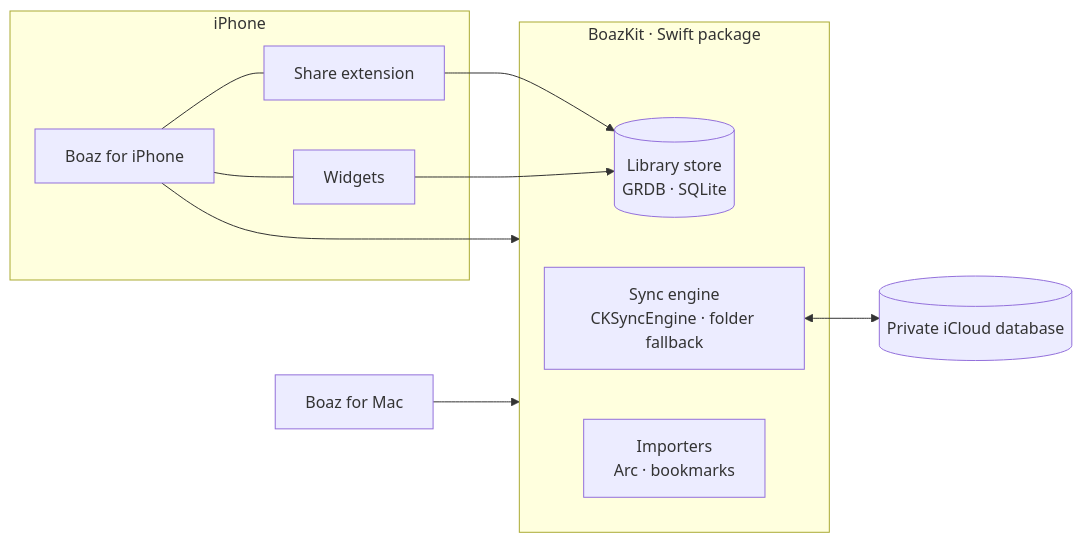
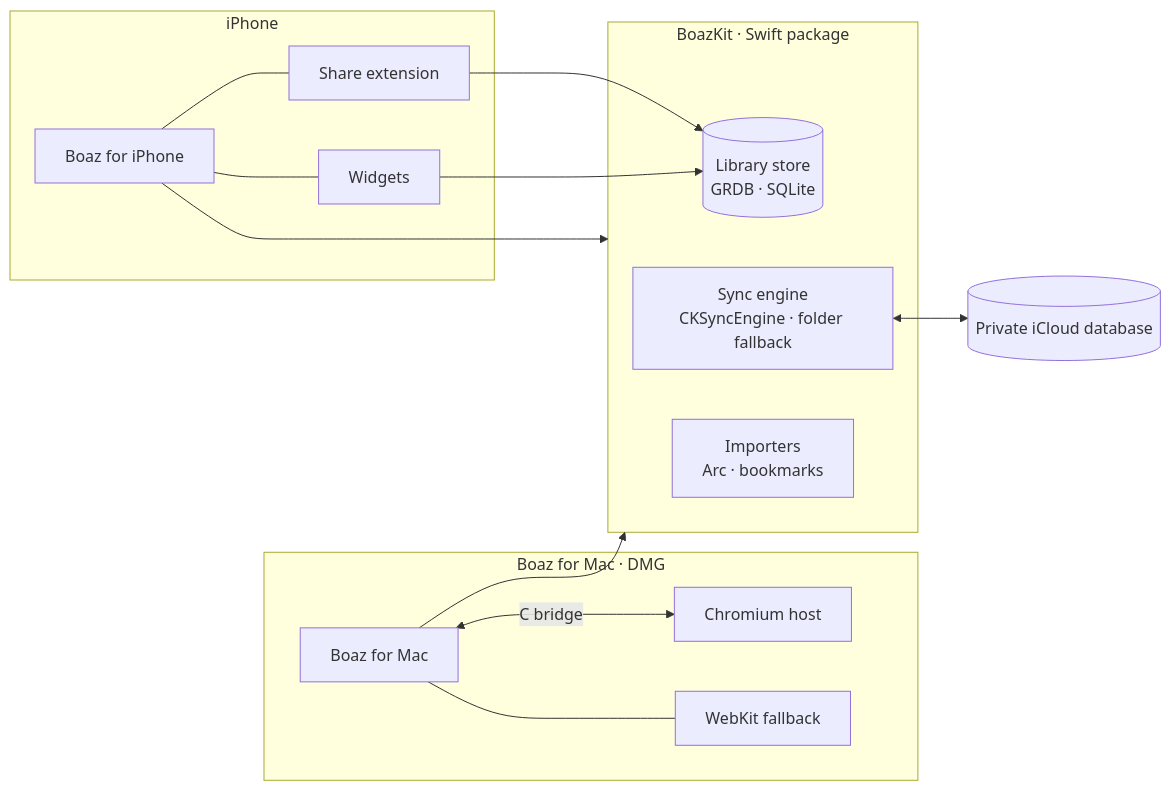
One commit to chenkahana/Boaz changed the diagram in README.md. Above: the diagram before and after it, drawn with Mermaid. The commit also changed other lines of this file and 2 other files, not shown here.

Commit message:
README: the Mac DMG is built on Chromium

````diff
--- a/README.md
+++ b/README.md
@@ -89,18 +92,21 @@
 ```mermaid
 flowchart LR
     subgraph iPhone
         iOS[Boaz for iPhone] --- Share[Share extension]
         iOS --- Widgets[Widgets]
     end
-    Mac[Boaz for Mac]
+    subgraph MacDMG[Boaz for Mac · DMG]
+        Mac[Boaz for Mac] <-->|C bridge| Host[Chromium host]
+        Mac --- WebKit[WebKit fallback]
+    end
     subgraph BoazKit[BoazKit · Swift package]
         Store[(Library store<br/>GRDB · SQLite)]
         Sync[Sync engine<br/>CKSyncEngine · folder fallback]
         Import[Importers<br/>Arc · bookmarks]
     end
     iOS --> BoazKit
     Share --> Store
     Widgets --> Store
     Mac --> BoazKit
     Sync <--> CloudKit[(Private iCloud database)]
 ```
````
